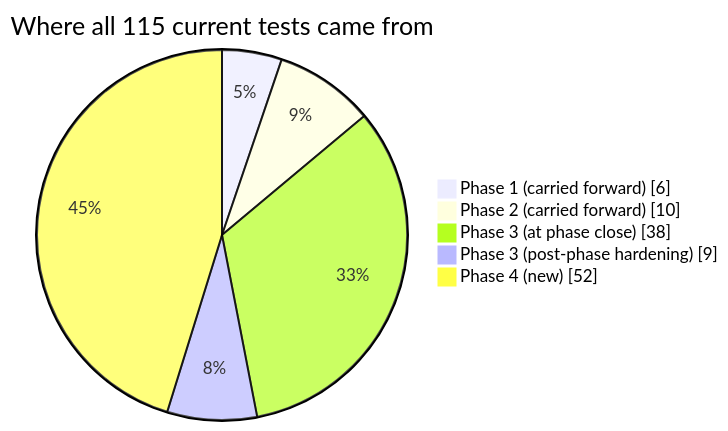
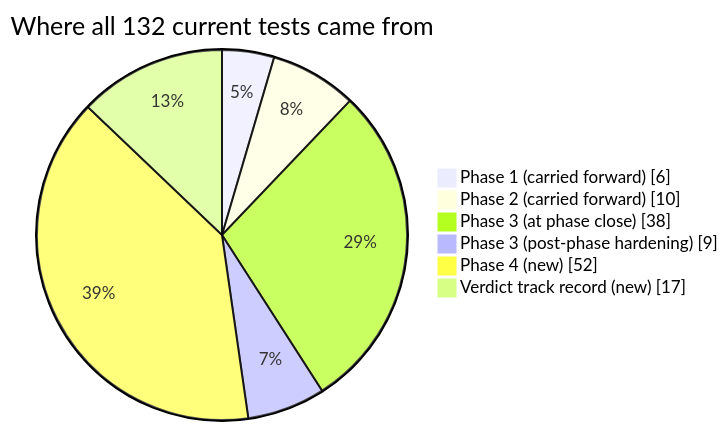
Before and after one commit to luicsw/Trader: the second of 2 diagrams in documentations/tests/README.md, drawn with Mermaid. The commit also changed other lines of this file and 14 other files, not shown here.

````diff
--- a/documentations/tests/README.md
+++ b/documentations/tests/README.md
@@ -32,9 +35,10 @@
 ```mermaid
 pie showData
-    title Where all 115 current tests came from
+    title Where all 132 current tests came from
     "Phase 1 (carried forward)" : 6
     "Phase 2 (carried forward)" : 10
     "Phase 3 (at phase close)" : 38
     "Phase 3 (post-phase hardening)" : 9
     "Phase 4 (new)" : 52
+    "Verdict track record (new)" : 17
 ```
````
